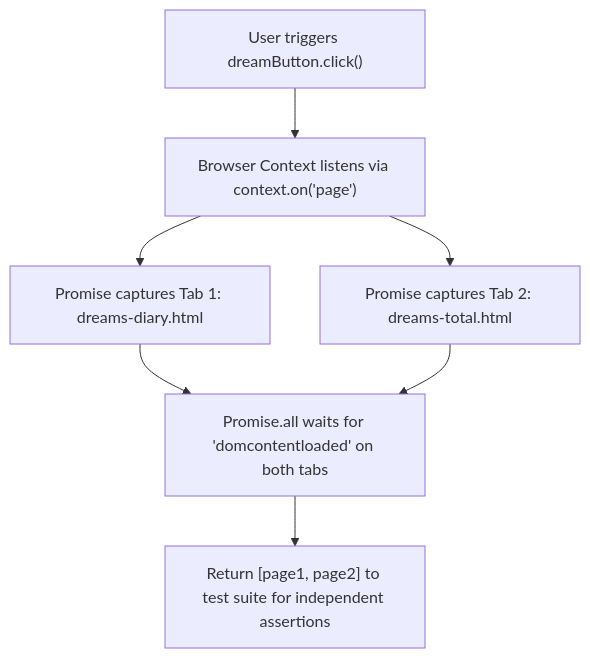
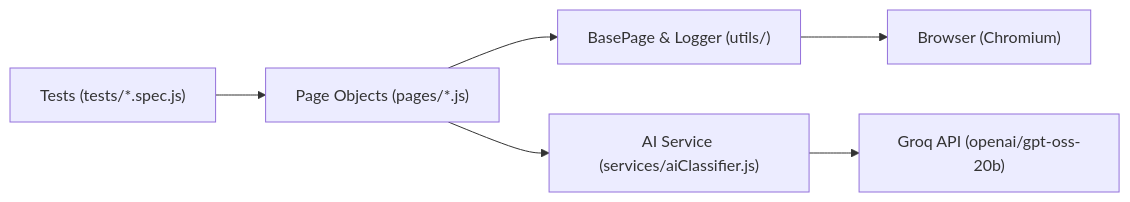
One commit to MerazMz/qa_assingment_wingify changed the diagram in README.md. Above: the diagram before and after it, drawn with Mermaid. The commit also changed other lines of this file and 5 other files, not shown here.

````diff
--- a/README.md
+++ b/README.md
@@ -117,8 +101,8 @@
 ```mermaid
-flowchart TD
-    A["User triggers dreamButton.click()"] --> B["Browser Context listens via context.on('page')"]
-    B --> C["Promise captures Tab 1: dreams-diary.html"]
-    B --> D["Promise captures Tab 2: dreams-total.html"]
-    C & D --> E["Promise.all waits for 'domcontentloaded' on both tabs"]
-    E --> F["Return [page1, page2] to test suite for independent assertions"]
+flowchart LR
+    A["Tests (tests/*.spec.js)"] --> B["Page Objects (pages/*.js)"]
+    B --> C["BasePage & Logger (utils/)"]
+    B --> D["AI Service (services/aiClassifier.js)"]
+    C --> E["Browser (Chromium)"]
+    D --> F["Groq API (openai/gpt-oss-20b)"]
 ```
````
